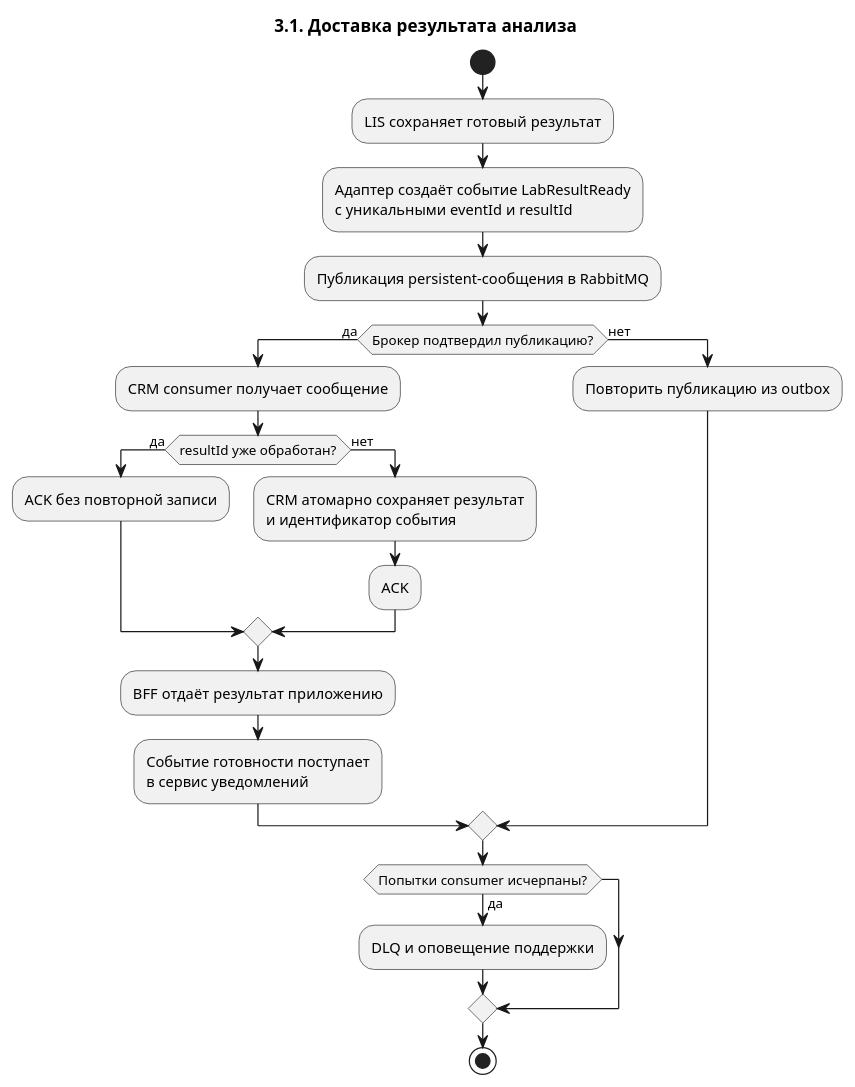
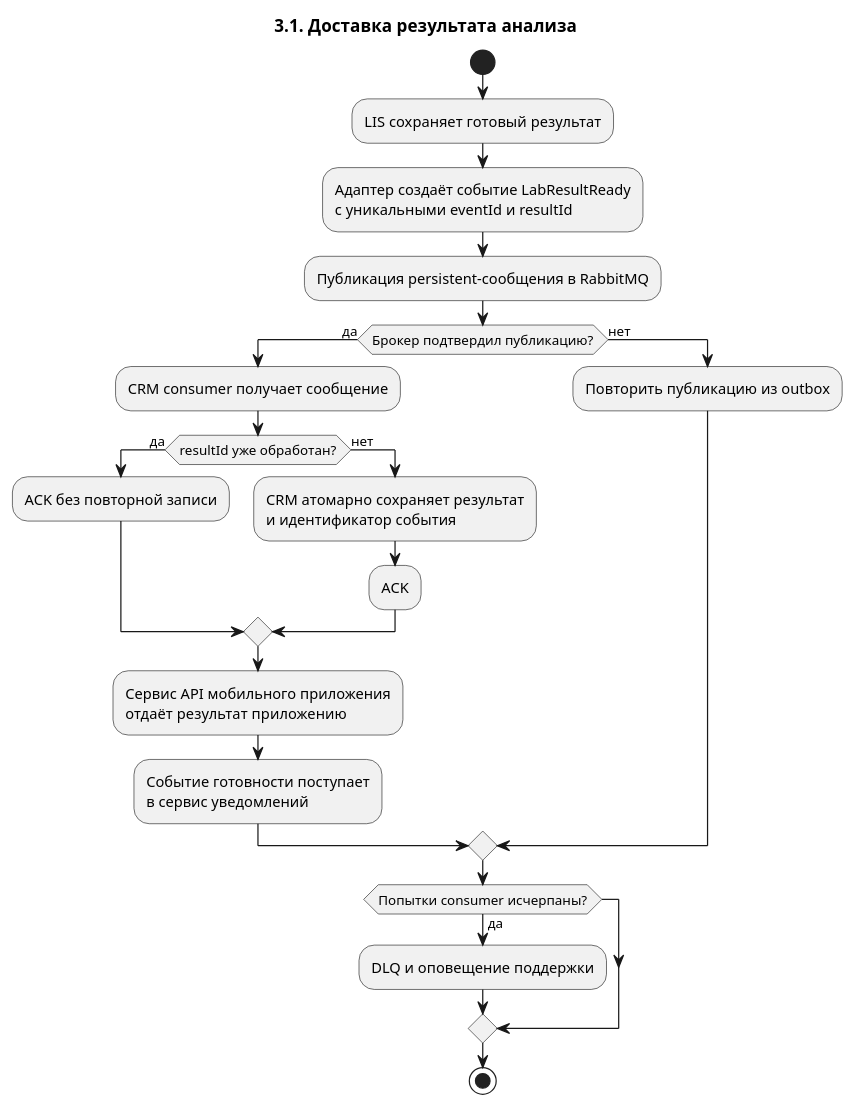
The diagram in sprint-5/Task3/3.1-lab-results-flow.puml (GDreyV/ya.solution-architect), drawn with PlantUML before and after one commit. The commit also changed 3 other files, not shown here.

```diff
--- a/sprint-5/Task3/3.1-lab-results-flow.puml
+++ b/sprint-5/Task3/3.1-lab-results-flow.puml
@@ -1,24 +1,24 @@
 @startuml lab-results-flow
 title 3.1. Доставка результата анализа
 start
 :LIS сохраняет готовый результат;
 :Адаптер создаёт событие LabResultReady\nс уникальными eventId и resultId;
 :Публикация persistent-сообщения в RabbitMQ;
 if (Брокер подтвердил публикацию?) then (да)
   :CRM consumer получает сообщение;
   if (resultId уже обработан?) then (да)
     :ACK без повторной записи;
   else (нет)
     :CRM атомарно сохраняет результат\nи идентификатор события;
     :ACK;
   endif
-  :BFF отдаёт результат приложению;
+  :Сервис API мобильного приложения\nотдаёт результат приложению;
   :Событие готовности поступает\nв сервис уведомлений;
 else (нет)
   :Повторить публикацию из outbox;
 endif
 if (Попытки consumer исчерпаны?) then (да)
   :DLQ и оповещение поддержки;
 endif
 stop
 @enduml
```
